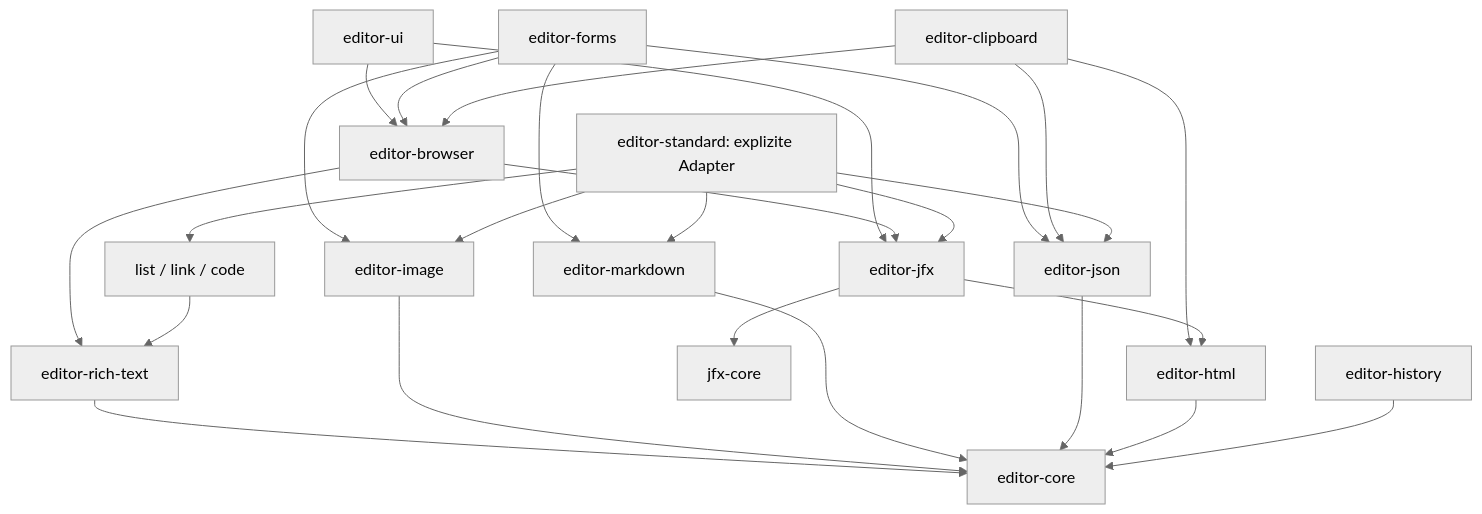
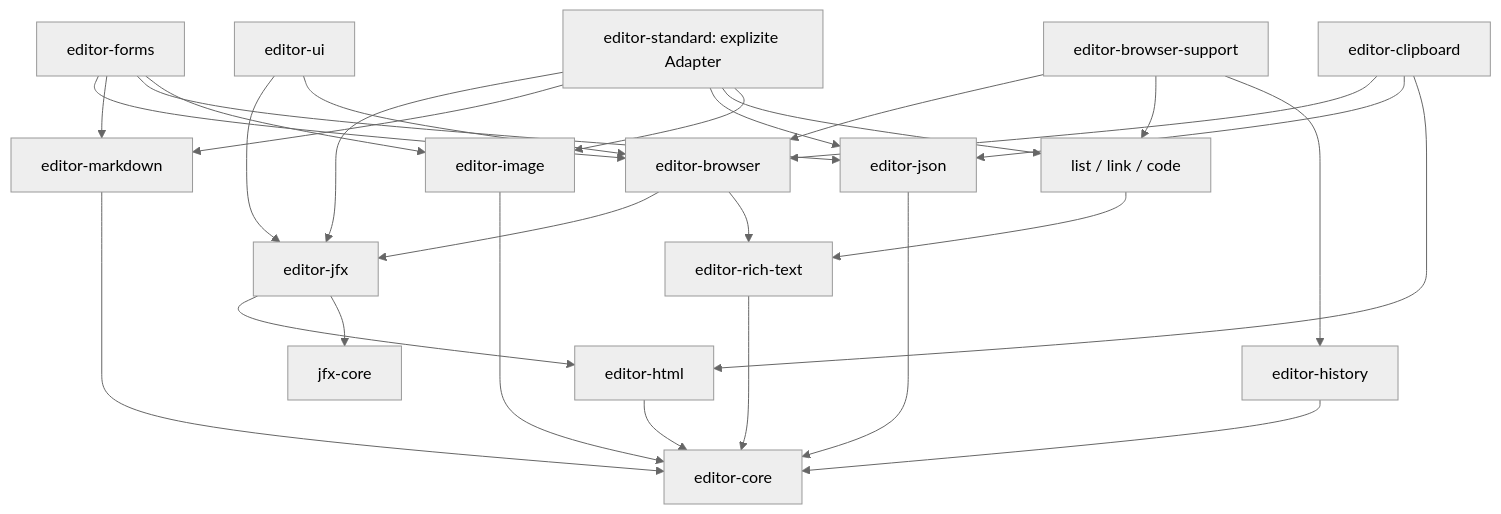
One commit to anjunar/scalajs-ui changed the diagram in JFX_EDITOR_ARCHITECTURE.md. Above: the diagram before and after it, drawn with Mermaid (neutral theme). The commit also changed other lines of this file and 12 other files, not shown here.

````diff
--- a/JFX_EDITOR_ARCHITECTURE.md
+++ b/JFX_EDITOR_ARCHITECTURE.md
@@ -177,28 +195,31 @@
 ```mermaid
 flowchart TD
   UI[editor-ui] --> JFX[editor-jfx]
   UI --> Browser[editor-browser]
   Forms[editor-forms] --> Browser
   Forms --> MD[editor-markdown]
   Forms --> JSON[editor-json]
   Forms --> Image[editor-image]
   Clip[editor-clipboard] --> Browser
   Clip --> JSON
   Clip --> HTML[editor-html]
   Browser --> JFX
   Browser --> Rich[editor-rich-text]
+  BrowserSupport[editor-browser-support] --> Browser
+  BrowserSupport --> Features[list / link / code]
+  BrowserSupport --> History[editor-history]
   JFX --> HTML
   JFX --> JfxCore[jfx-core]
   Standard[editor-standard: explizite Adapter] --> JFX
   Standard --> MD
   Standard --> JSON
   Standard --> Features[list / link / code]
   Standard --> Image
   Features --> Rich
   Rich --> Core[editor-core]
   Image --> Core
   MD --> Core
   JSON --> Core
   HTML --> Core
   History[editor-history] --> Core
 ```
````
